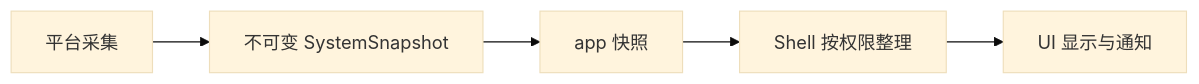
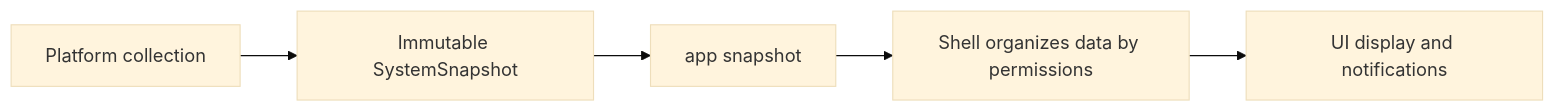
One commit to peixuanthomas/TundraUX3 changed the diagram in crates/system-services/README.md. Above: the diagram before and after it, drawn with Mermaid (base theme). The commit also changed other lines of this file and 69 other files, not shown here.

````diff
--- a/crates/system-services/README.md
+++ b/crates/system-services/README.md
@@ -12,7 +12,7 @@
 ```mermaid
 flowchart LR
-    Platform[平台采集] --> Snapshot[不可变 SystemSnapshot]
-    Snapshot --> App[app 快照]
-    App --> Shell[Shell 按权限整理]
-    Shell --> UI[UI 显示与通知]
+    Platform[Platform collection] --> Snapshot[Immutable SystemSnapshot]
+    Snapshot --> App[app snapshot]
+    App --> Shell[Shell organizes data by permissions]
+    Shell --> UI[UI display and notifications]
 ```
````
